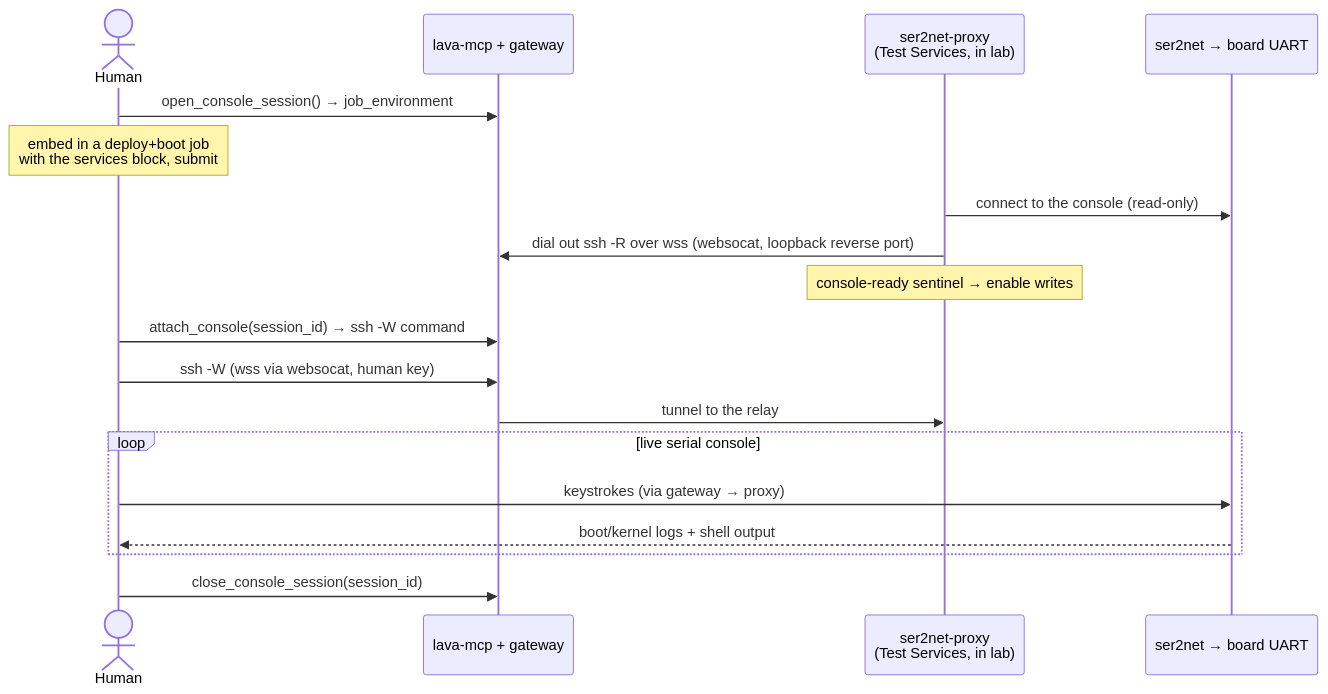
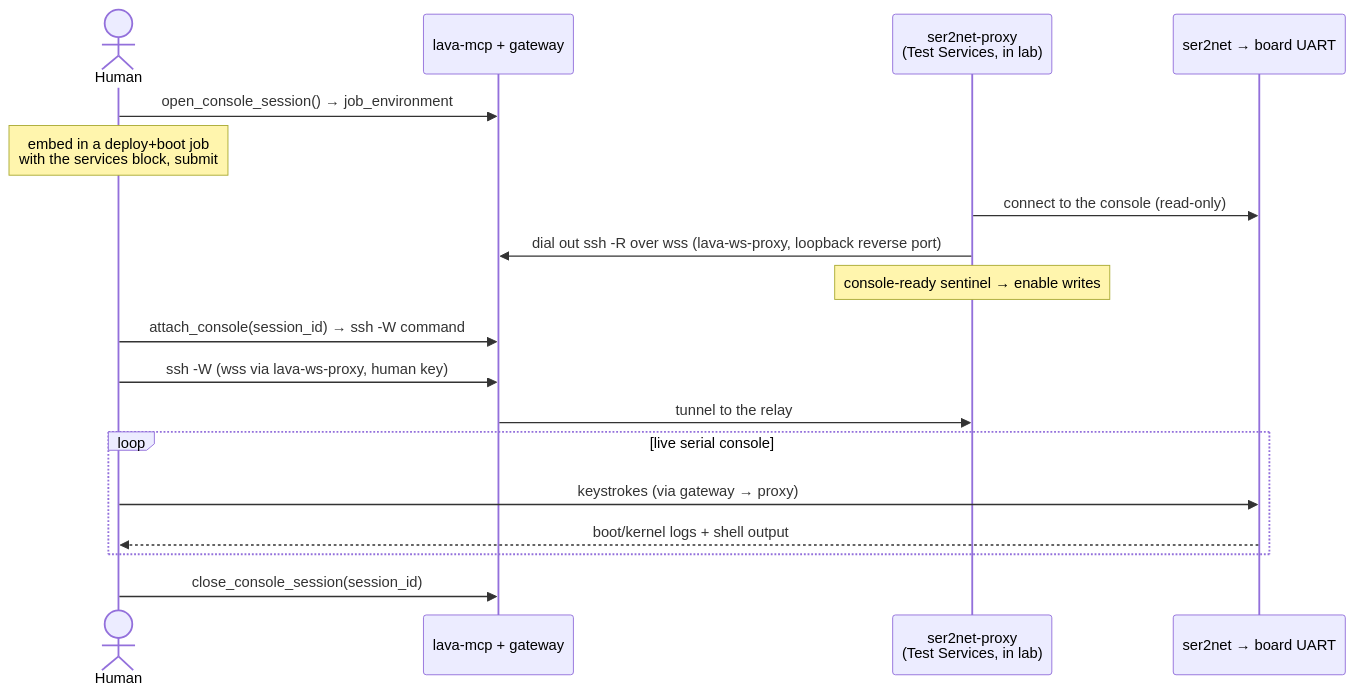
The diagram in docs/serial-console.md (lava-mcp/lava-mcp), drawn with Mermaid before and after one commit. The commit also changed other lines of this file and 16 other files, not shown here.

First line of the commit message:
gateway: cut over from websocat to the lava-ws-proxy ProxyCommand

````diff
--- a/docs/serial-console.md
+++ b/docs/serial-console.md
@@ -61,21 +61,21 @@
 ```mermaid
 sequenceDiagram
     actor Human
     participant MCP as lava-mcp + gateway
     participant Proxy as ser2net-proxy<br/>(Test Services, in lab)
     participant Ser2net as ser2net → board UART
 
     Human->>MCP: open_console_session() → job_environment
     Note over Human: embed in a deploy+boot job<br/>with the services block, submit
     Proxy->>Ser2net: connect to the console (read-only)
-    Proxy->>MCP: dial out ssh -R over wss (websocat, loopback reverse port)
+    Proxy->>MCP: dial out ssh -R over wss (lava-ws-proxy, loopback reverse port)
     Note over Proxy: console-ready sentinel → enable writes
     Human->>MCP: attach_console(session_id) → ssh -W command
-    Human->>MCP: ssh -W (wss via websocat, human key)
+    Human->>MCP: ssh -W (wss via lava-ws-proxy, human key)
     MCP->>Proxy: tunnel to the relay
     loop live serial console
         Human->>Ser2net: keystrokes (via gateway → proxy)
         Ser2net-->>Human: boot/kernel logs + shell output
     end
     Human->>MCP: close_console_session(session_id)
 ```
````
